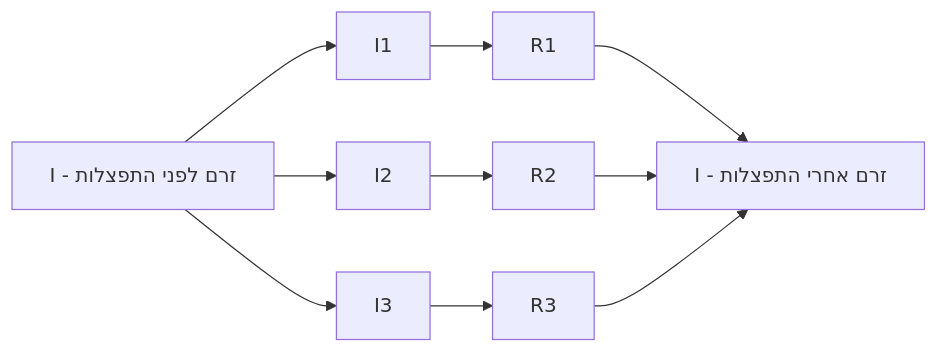
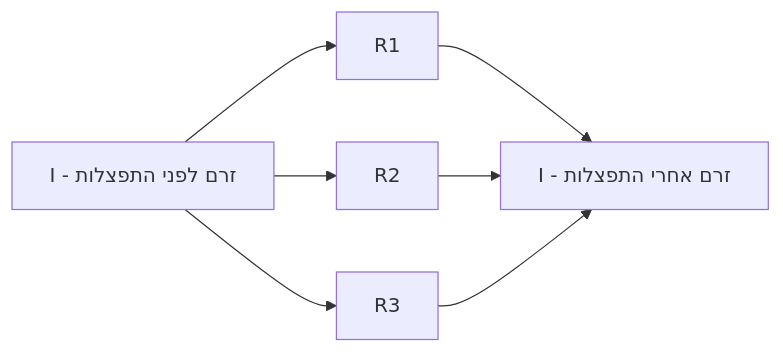
The second of 4 diagrams in דפי נוסחאות/חשמל.md (ShaharMS/Physics-12th), drawn with Mermaid before and after one commit.

Commit message:
לשנות סדר של נוסחות לאחד יותר הגיוני

````diff
--- a/דפי נוסחאות/חשמל.md
+++ b/דפי נוסחאות/חשמל.md
@@ -173,7 +164,7 @@
 ```mermaid
 graph LR;
   Is[I - זרם לפני התפצלות];
-  Is --> I1 --> R1 --> Ie[I - זרם אחרי התפצלות];
-  Is --> I2 --> R2 -->Ie;
-  Is --> I3 --> R3 -->Ie;
+  Is --> R1 --> Ie[I - זרם אחרי התפצלות];
+  Is --> R2 -->Ie;
+  Is --> R3 -->Ie;
 ```
````
